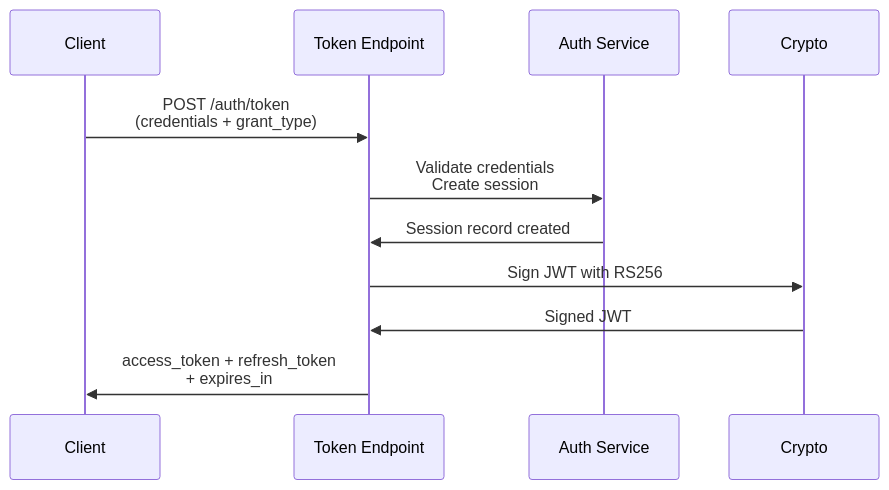
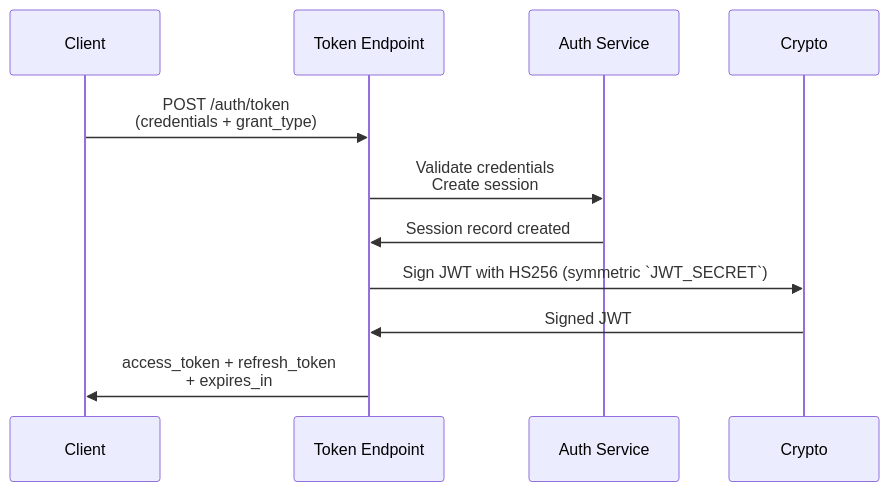
One commit to wenex-org/platform-docs changed the first of 2 diagrams in api/authentication.md. Above: the diagram before and after it, drawn with Mermaid. The commit also changed other lines of this file and 13 other files, not shown here.

````diff
--- a/api/authentication.md
+++ b/api/authentication.md
@@ -170,9 +170,9 @@
 ```mermaid
 sequenceDiagram
     Client->>Token Endpoint: POST /auth/token<br/>(credentials + grant_type)
     Token Endpoint->>Auth Service: Validate credentials<br/>Create session
     Auth Service->>Token Endpoint: Session record created
-    Token Endpoint->>Crypto: Sign JWT with RS256
+    Token Endpoint->>Crypto: Sign JWT with HS256 (symmetric `JWT_SECRET`)
     Crypto->>Token Endpoint: Signed JWT
     Token Endpoint->>Client: access_token + refresh_token<br/>+ expires_in
 ```
````
